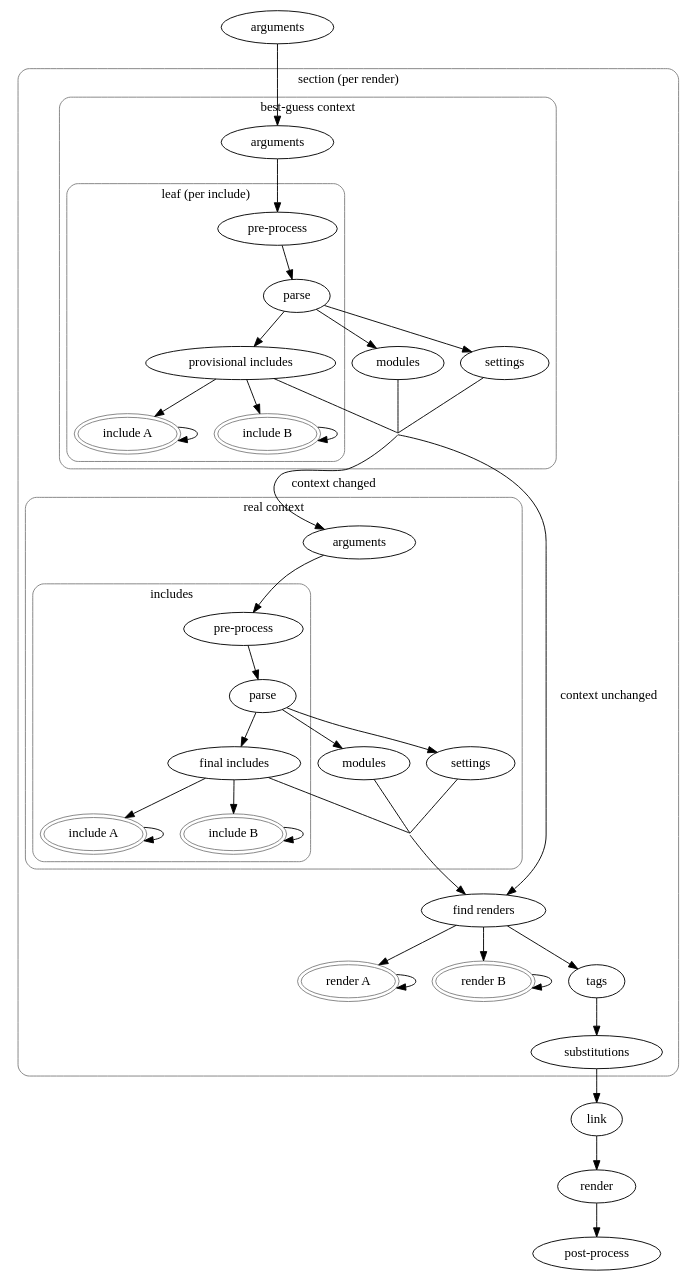
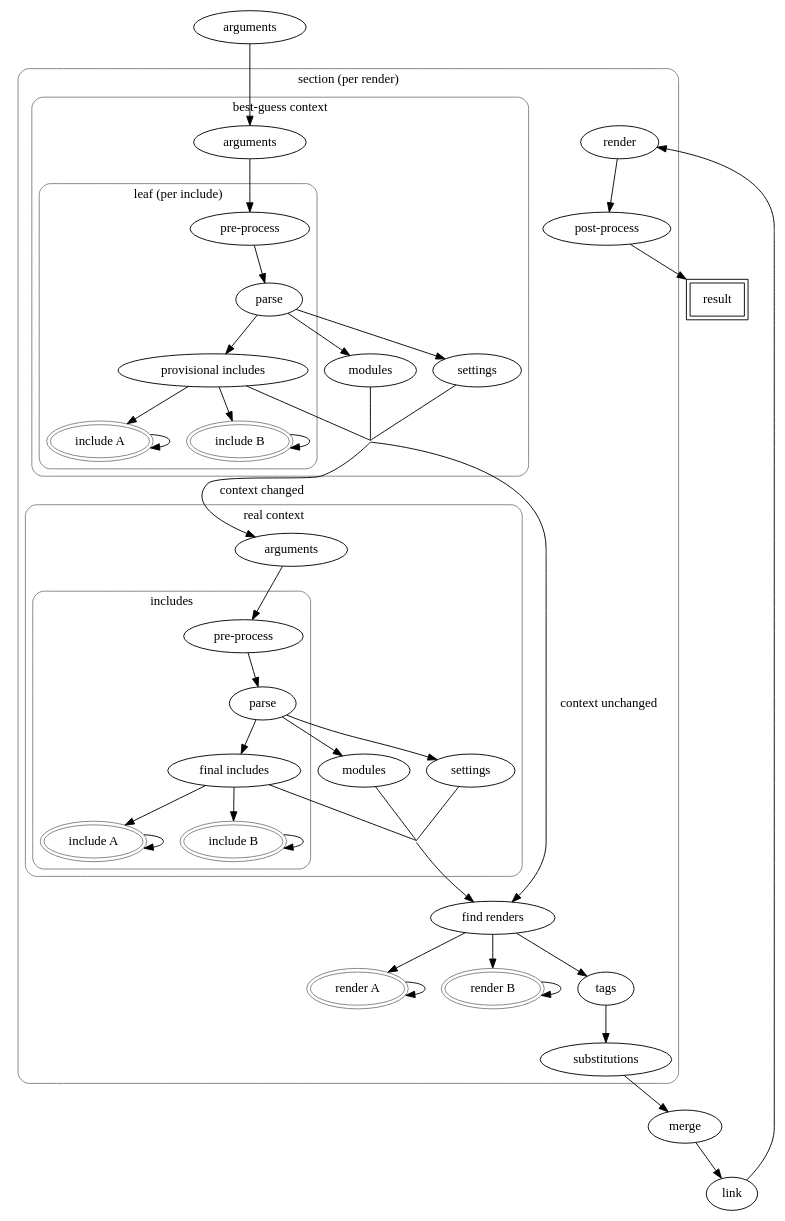
Before and after one commit to mverleg/notex_core: the diagram in doc/compile.rst, drawn with Graphviz. The commit also changed other lines of this file and 17 other files, not shown here.

```diff
--- a/doc/compile.rst
+++ b/doc/compile.rst
@@ -10,77 +10,81 @@
 .. graphviz::
 
 	digraph compile {
 		subgraph cluster_per_render {
-		label="section (per render)"
-		graph[style=rounded,color=gray]
-		subgraph cluster_provisional {
-			label="best-guess context"
-			graph[style="rounded",color="gray"]
-			"provisional arguments" [label="arguments"]
-			"provisional pre-process" [label="pre-process"]
-			"provisional parse" [label="parse"]
-			"provisional modules" [label="modules"]
-			"provisional settings" [label="settings"]
-			subgraph cluster_include_provisional {
-				label="leaf (per include)"
-				graph[style="rounded",color="gray"]
-				"provisional pre-process" -> "provisional parse" -> "provisional includes"
-				"provisional include A" [label="include A",peripheries=2,color=gray]
-				"provisional include B" [label="include B",peripheries=2,color=gray]
-				"provisional include A" -> "provisional include A" [arrowname=crow]
-				"provisional include B" -> "provisional include B" [arrowname=crow]
-				"provisional includes" -> "provisional include A" [arrowname=crow]
-				"provisional includes" -> "provisional include B" [arrowname=crow]
-			}
-			"provisional arguments" -> "provisional pre-process"
-			"provisional parse" -> "provisional modules"
-			"provisional parse" -> "provisional settings"
-			"provisional out" [style=invis,height=0,label=""]
-			"provisional includes" -> "provisional out" [dir=none]
-			"provisional modules"  -> "provisional out" [dir=none]
-			"provisional settings" -> "provisional out" [dir=none]
+            label="section (per render)"
+            graph[style=rounded,color=gray]
+            subgraph cluster_provisional {
+                label="best-guess context"
+                graph[style="rounded",color="gray"]
+                "provisional arguments" [label="arguments"]
+                "provisional pre-process" [label="pre-process"]
+                "provisional parse" [label="parse"]
+                "provisional modules" [label="modules"]
+                "provisional settings" [label="settings"]
+                subgraph cluster_include_provisional {
+                    label="leaf (per include)"
+                    graph[style="rounded",color="gray"]
+                    "provisional pre-process" -> "provisional parse" -> "provisional includes"
+                    "provisional include A" [label="include A",peripheries=2,color=gray]
+                    "provisional include B" [label="include B",peripheries=2,color=gray]
+                    "provisional include A" -> "provisional include A" [arrowname=crow]
+                    "provisional include B" -> "provisional include B" [arrowname=crow]
+                    "provisional includes" -> "provisional include A" [arrowname=crow]
+                    "provisional includes" -> "provisional include B" [arrowname=crow]
+                }
+                "provisional arguments" -> "provisional pre-process"
+                "provisional parse" -> "provisional modules"
+                "provisional parse" -> "provisional settings"
+                "provisional out" [style=invis,height=0,label=""]
+                "provisional includes" -> "provisional out" [dir=none]
+                "provisional modules"  -> "provisional out" [dir=none]
+                "provisional settings" -> "provisional out" [dir=none]
+            }
+            subgraph cluster_final {
+                label="real context"
+                graph[style="rounded",color="gray"]
+                "final arguments" [label="arguments"]
+                "final pre-process" [label="pre-process"]
+                "final parse" [label="parse"]
+                "final modules" [label="modules"]
+                "final settings" [label="settings"]
+                subgraph cluster_include_final {
+                    label="includes"
+                    graph[style="rounded",color="gray"]
+                    "final pre-process" -> "final parse" -> "final includes"
+                    "final include A" [label="include A",peripheries=2,color=gray]
+                    "final include B" [label="include B",peripheries=2,color=gray]
+                    "final include A" -> "final include A" [arrowname=crow]
+                    "final include B" -> "final include B" [arrowname=crow]
+                    "final includes" -> "final include A" [arrowname=crow]
+                    "final includes" -> "final include B" [arrowname=crow]
+                }
+                "final arguments" -> "final pre-process"
+                "final parse" -> "final modules"
+                "final parse" -> "final settings"
+                "final out" [style=invis,height=0,label=""]
+                "final includes" -> "final out" [dir=none]
+                "final modules"  -> "final out" [dir=none]
+                "final settings" -> "final out" [dir=none]
+            }
+            "provisional out" -> "final arguments" [label="context changed"]
+            "provisional out" -> "find renders" [label="context unchanged"]
+            "final out" -> "find renders"
+            "render A" [peripheries=2,color=gray]
+            "render B" [peripheries=2,color=gray]
+            "find renders" -> "render A" [arrowname=crow]
+            "find renders" -> "render B" [arrowname=crow]
+            "render A" -> "render A" [arrowname=crow]
+            "render B" -> "render B" [arrowname=crow]
+            "find renders" -> "tags"
+            "tags" -> "substitutions"
+            "render" -> "post-process"
 		}
-		subgraph cluster_final {
-			label="real context"
-			graph[style="rounded",color="gray"]
-			"final arguments" [label="arguments"]
-			"final pre-process" [label="pre-process"]
-			"final parse" [label="parse"]
-			"final modules" [label="modules"]
-			"final settings" [label="settings"]
-			subgraph cluster_include_final {
-				label="includes"
-				graph[style="rounded",color="gray"]
-				"final pre-process" -> "final parse" -> "final includes"
-				"final include A" [label="include A",peripheries=2,color=gray]
-				"final include B" [label="include B",peripheries=2,color=gray]
-				"final include A" -> "final include A" [arrowname=crow]
-				"final include B" -> "final include B" [arrowname=crow]
-				"final includes" -> "final include A" [arrowname=crow]
-				"final includes" -> "final include B" [arrowname=crow]
-			}
-			"final arguments" -> "final pre-process"
-			"final parse" -> "final modules"
-			"final parse" -> "final settings"
-			"final out" [style=invis,height=0,label=""]
-			"final includes" -> "final out" [dir=none]
-			"final modules"  -> "final out" [dir=none]
-			"final settings" -> "final out" [dir=none]
-		}
-		"provisional out" -> "final arguments" [label="context changed"]
-		"provisional out" -> "find renders" [label="context unchanged"]
-		"final out" -> "find renders"
-		"render A" [peripheries=2,color=gray]
-		"render B" [peripheries=2,color=gray]
-		"find renders" -> "render A" [arrowname=crow]
-		"find renders" -> "render B" [arrowname=crow]
-		"render A" -> "render A" [arrowname=crow]
-		"render B" -> "render B" [arrowname=crow]
-		"find renders" -> "tags"
-		"tags" -> "substitutions"
-		}
-		"substitutions" -> "link";
-			"link" -> "render" -> "post-process"
-			"initial arguments" [label="arguments"]
-			"initial arguments" -> "provisional arguments"
+		"merge"
+		"link"
+		"result" [peripheries=2,shape=rounded]
+		"substitutions" -> "merge" -> "link" -> "render"
+		"post-process" -> "result"
+        "initial arguments" [label="arguments"]
+        "initial arguments" -> "provisional arguments"
 	}
```
